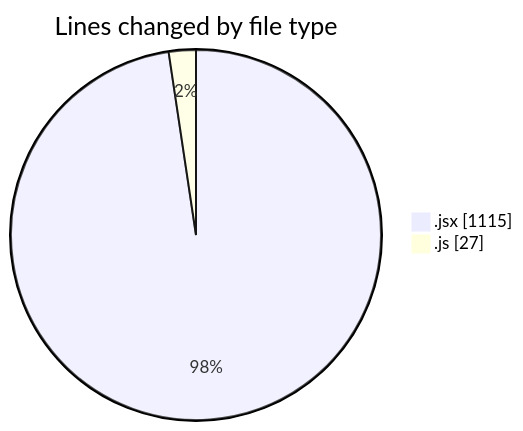
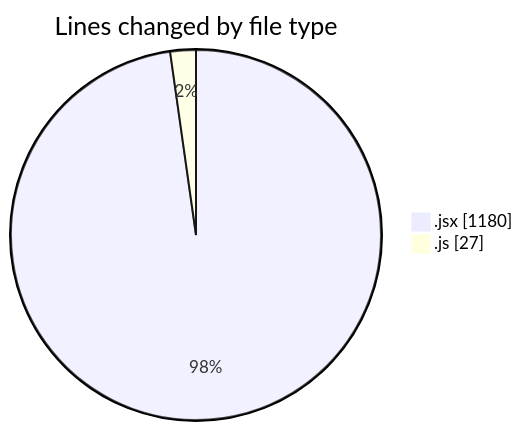
The first of 2 diagrams in 2025-05-16/argos-dev/README.md (nxtqubesakshisongat/code-tracking), drawn with Mermaid before and after one commit. The commit also changed other lines of this file and 1 other file, not shown here.

````diff
--- a/2025-05-16/argos-dev/README.md
+++ b/2025-05-16/argos-dev/README.md
@@ -23,6 +23,6 @@
 ```mermaid
 pie showData
 title Lines changed by file type
-".jsx" : 1115
+".jsx" : 1180
 ".js" : 27
 ```
````
